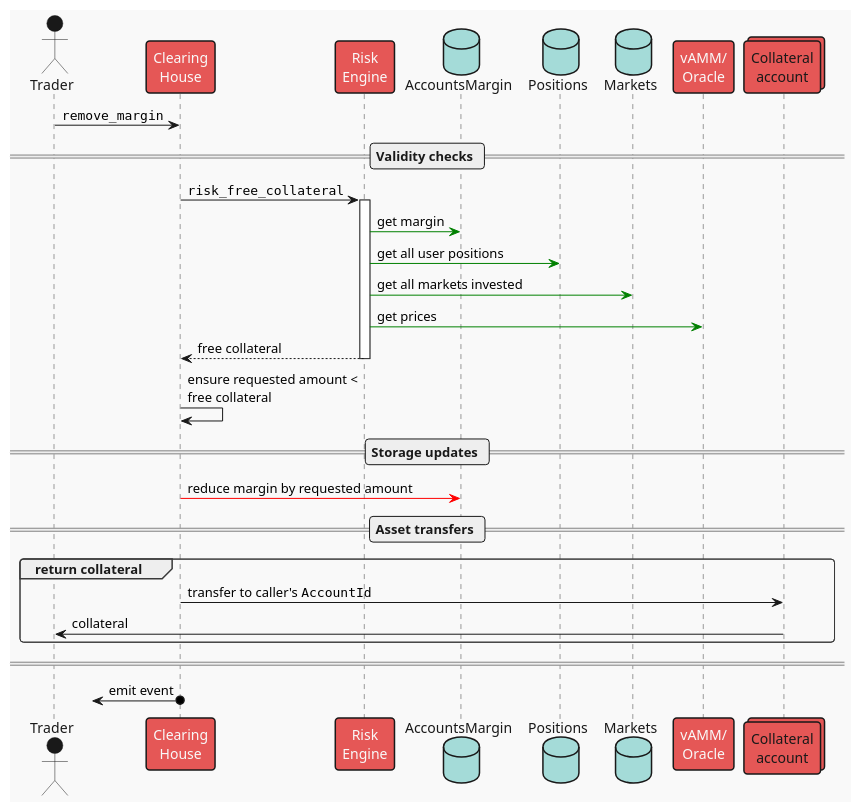
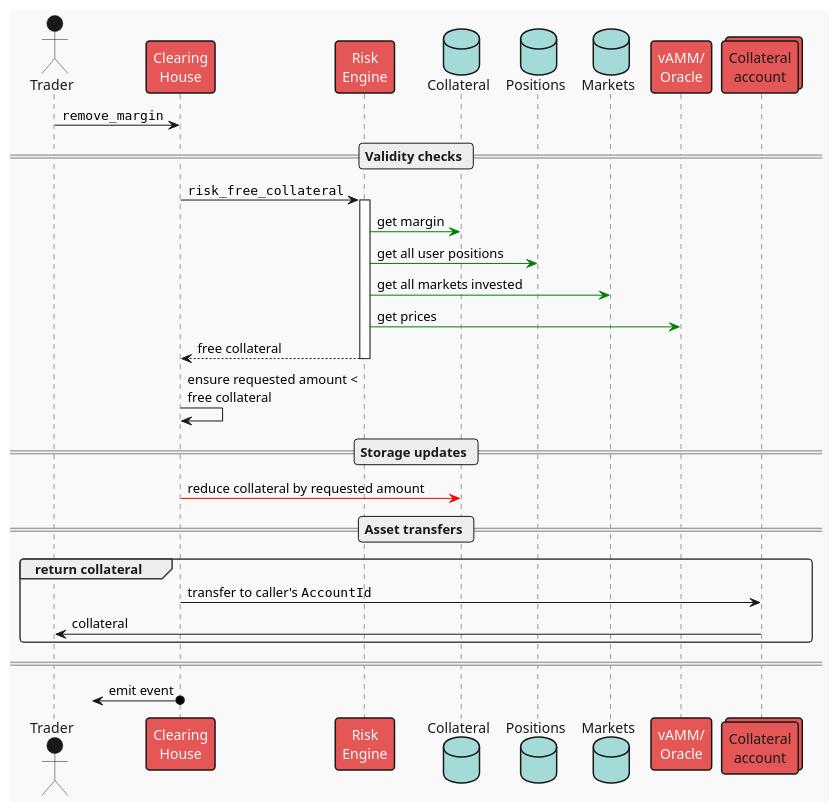
The diagram in frame/clearing-house/diagrams/remove-margin.plantuml (ComposableFi/composable), drawn with PlantUML before and after one commit. The commit also changed 11 other files, not shown here.

Commit message:
refactor(CH): separate 'collateral' and 'margin'

```diff
--- a/frame/clearing-house/diagrams/remove-margin.plantuml
+++ b/frame/clearing-house/diagrams/remove-margin.plantuml
@@ -1,40 +1,40 @@
 @startuml remove_margin
 !theme mars
 
 actor "Trader" as user
 participant "Clearing\nHouse" as ch
 participant "Risk\nEngine" as risk
-database "AccountsMargin" as accs
+database "Collateral" as accs
 database "Positions" as positions
 database "Markets" as mkts
 participant "vAMM/\nOracle" as price
 collections "Collateral\naccount" as vault
 
 user -> ch : ""remove_margin""
 
 == Validity checks ==
 
 ch -> risk ++: ""risk_free_collateral""
     risk -[#green]> accs : get margin
     risk -[#green]> positions : get all user positions
     risk -[#green]> mkts : get all markets invested
     risk -[#green]> price : get prices
 return free collateral
 
 ch -> ch: ensure requested amount <\nfree collateral
 
 == Storage updates ==
 
-ch -[#red]> accs : reduce margin by requested amount
+ch -[#red]> accs : reduce collateral by requested amount
 
 == Asset transfers ==
 
 group return collateral
 ch -> vault : transfer to caller's ""AccountId""
 vault -> user : collateral
 end
 
 ====
 
 ?<-o ch : emit event
 @enduml
```
